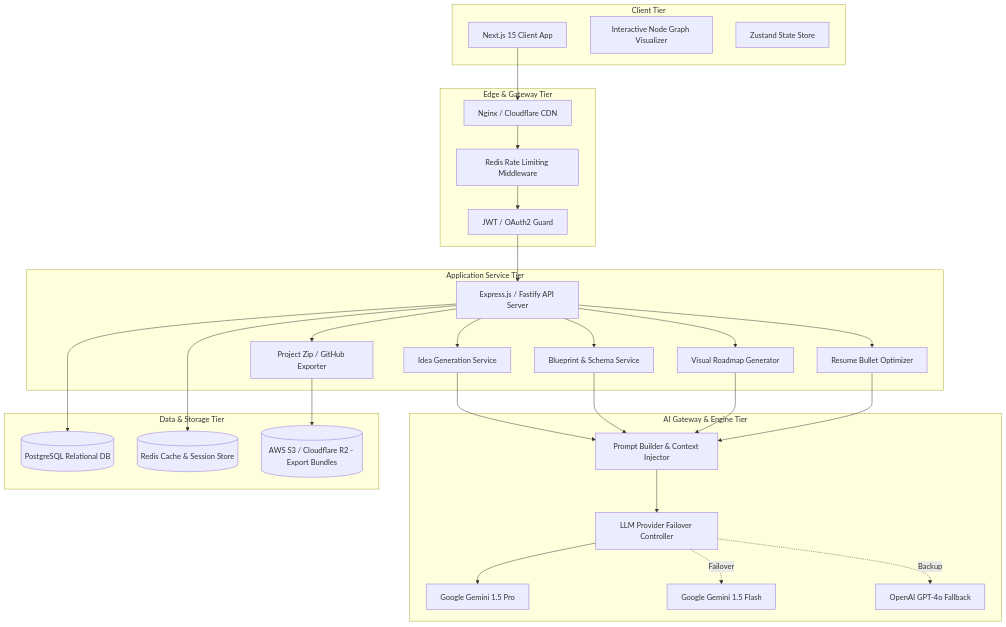
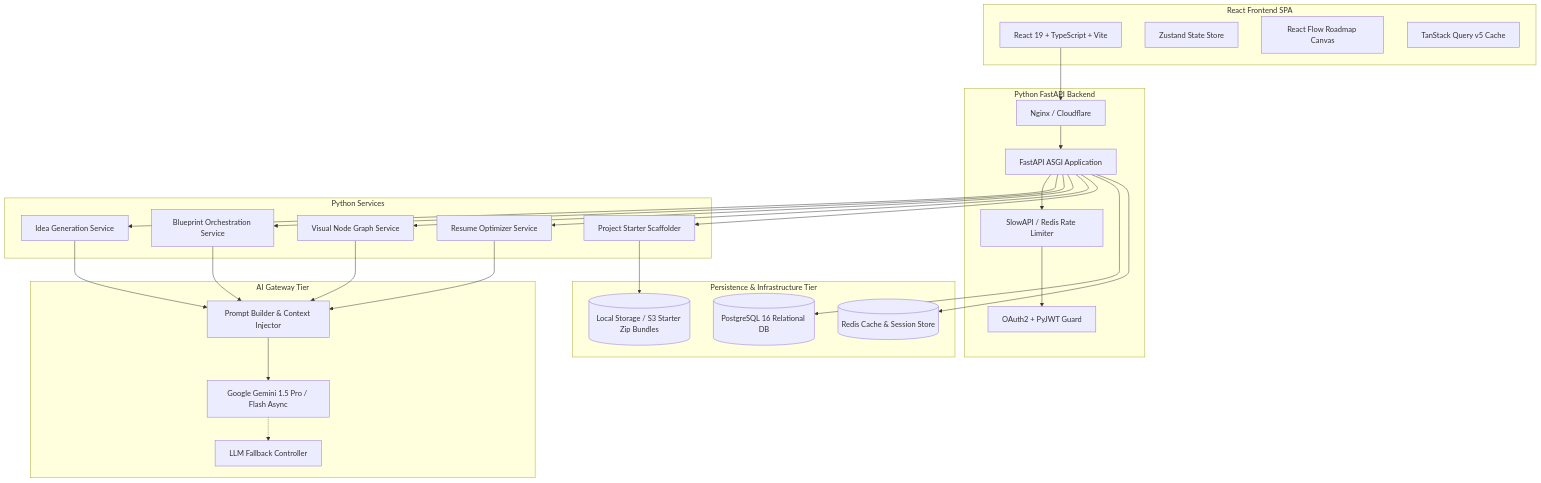
The fourth of 6 diagrams in SYSTEM_DESIGN.md (Techside-Pragyan/NextGen-Projector), drawn with Mermaid before and after one commit. The commit also changed other lines of this file and 1 other file, not shown here.

Commit message:
docs: update system architecture stack and refine technical specifications in README and SYSTEM_DESIGN.md

````diff
--- a/SYSTEM_DESIGN.md
+++ b/SYSTEM_DESIGN.md
@@ -160,49 +166,47 @@
 ```mermaid
 graph TB
-    subgraph Client Tier
-        WebClient[Next.js 15 Client App]
-        ReactFlowUI[Interactive Node Graph Visualizer]
-        StateStore[Zustand State Store]
+    subgraph Client Tier [React Frontend SPA]
+        ReactApp[React 19 + TypeScript + Vite]
+        ZustandStore[Zustand State Store]
+        ReactFlowView[React Flow Roadmap Canvas]
+        QueryClient[TanStack Query v5 Cache]
     end
 
-    subgraph Edge & Gateway Tier
-        ReverseProxy[Nginx / Cloudflare CDN]
-        RateLimiter[Redis Rate Limiting Middleware]
-        AuthGuard[JWT / OAuth2 Guard]
+    subgraph Edge & API Tier [Python FastAPI Backend]
+        ReverseProxy[Nginx / Cloudflare]
+        FastAPIApp[FastAPI ASGI Application]
+        RateLimiter[SlowAPI / Redis Rate Limiter]
+        AuthHandler[OAuth2 + PyJWT Guard]
     end
 
-    subgraph Application Service Tier
-        API[Express.js / Fastify API Server]
+    subgraph Business Logic Tier [Python Services]
         IdeaService[Idea Generation Service]
-        BlueprintService[Blueprint & Schema Service]
-        RoadmapService[Visual Roadmap Generator]
-        ResumeService[Resume Bullet Optimizer]
-        ScaffoldingService[Project Zip / GitHub Exporter]
+        BlueprintService[Blueprint Orchestration Service]
+        RoadmapService[Visual Node Graph Service]
+        ResumeService[Resume Optimizer Service]
+        ScaffoldService[Project Starter Scaffolder]
     end
 
-    subgraph AI Gateway & Engine Tier
+    subgraph AI Gateway Tier
         PromptEngine[Prompt Builder & Context Injector]
-        LLMManager[LLM Provider Failover Controller]
-        GeminiPro[Google Gemini 1.5 Pro]
-        GeminiFlash[Google Gemini 1.5 Flash]
-        OpenAIFallback[OpenAI GPT-4o Fallback]
+        GeminiClient[Google Gemini 1.5 Pro / Flash Async]
+        FailoverEngine[LLM Fallback Controller]
     end
 
-    subgraph Data & Storage Tier
-        Postgres[(PostgreSQL Relational DB)]
-        RedisCache[(Redis Cache & Session Store)]
-        S3Bucket[(AWS S3 / Cloudflare R2 - Export Bundles)]
+    subgraph Persistence & Infrastructure Tier
+        Postgres[(PostgreSQL 16 Relational DB)]
+        Redis[(Redis Cache & Session Store)]
+        FileStore[(Local Storage / S3 Starter Zip Bundles)]
     end
 
-    WebClient --> ReverseProxy
-    ReverseProxy --> RateLimiter --> AuthGuard --> API
-    API --> IdeaService & BlueprintService & RoadmapService & ResumeService & ScaffoldingService
+    ReactApp --> ReverseProxy
+    ReverseProxy --> FastAPIApp
+    FastAPIApp --> RateLimiter --> AuthHandler
+    FastAPIApp --> IdeaService & BlueprintService & RoadmapService & ResumeService & ScaffoldService
     IdeaService & BlueprintService & RoadmapService & ResumeService --> PromptEngine
-    PromptEngine --> LLMManager
-    LLMManager --> GeminiPro
-    LLMManager -.->|Failover| GeminiFlash
-    LLMManager -.->|Backup| OpenAIFallback
-    API --> Postgres
-    API --> RedisCache
-    ScaffoldingService --> S3Bucket
+    PromptEngine --> GeminiClient
+    GeminiClient -.-> FailoverEngine
+    FastAPIApp --> Postgres
+    FastAPIApp --> Redis
+    ScaffoldService --> FileStore
 ```
````
